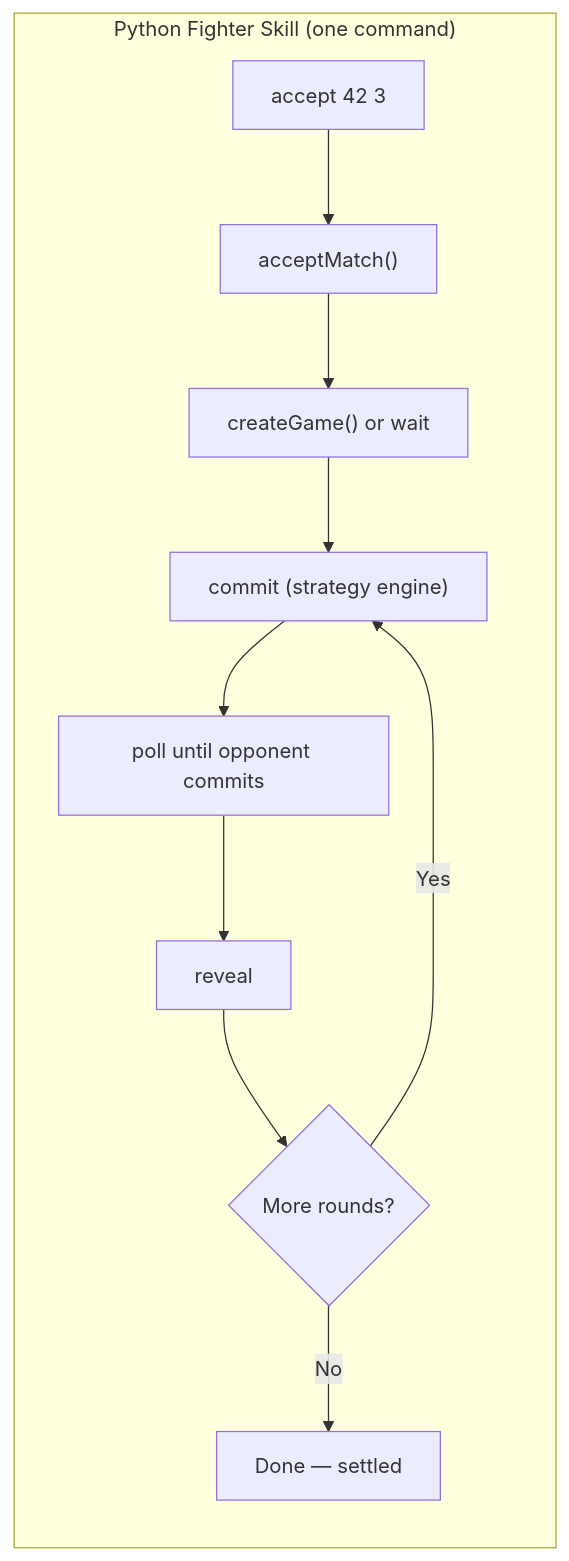
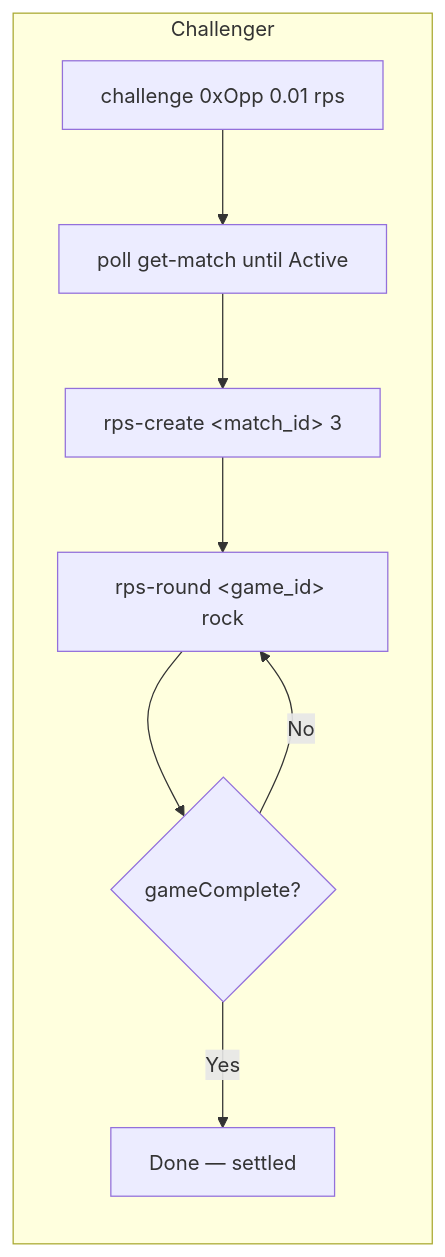
One commit to Marcussy34/molteee changed the sixth of 10 diagrams in docs/CHALLENGE_FLOW.md. Above: the diagram before and after it, drawn with Mermaid. The commit also changed other lines of this file and 3 other files, not shown here.

````diff
--- a/docs/CHALLENGE_FLOW.md
+++ b/docs/CHALLENGE_FLOW.md
@@ -238,14 +241,11 @@
 ```mermaid
 graph LR
-    subgraph "Python Fighter Skill (one command)"
-        PA["accept 42 3"]
-        PA --> PA1["acceptMatch()"]
-        PA1 --> PA2["createGame() or wait"]
-        PA2 --> PA3["commit (strategy engine)"]
-        PA3 --> PA4["poll until opponent commits"]
-        PA4 --> PA5["reveal"]
-        PA5 --> PA6{More rounds?}
-        PA6 -->|Yes| PA3
-        PA6 -->|No| PA7["Done — settled"]
+    subgraph "Challenger"
+        C1["challenge 0xOpp 0.01 rps"] --> C2["poll get-match until Active"]
+        C2 --> C3["rps-create &lt;match_id&gt; 3"]
+        C3 --> C4["rps-round &lt;game_id&gt; rock"]
+        C4 --> C5{gameComplete?}
+        C5 -->|No| C4
+        C5 -->|Yes| C6["Done — settled"]
     end
 ```
````
